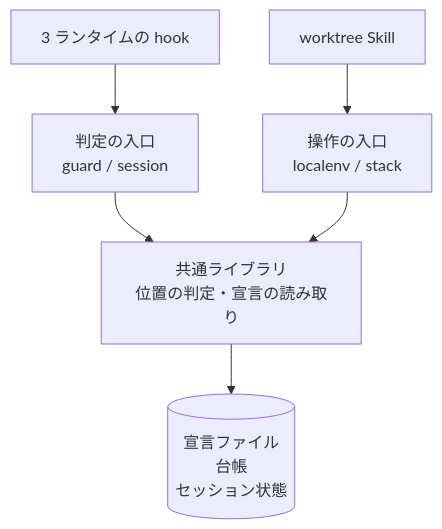
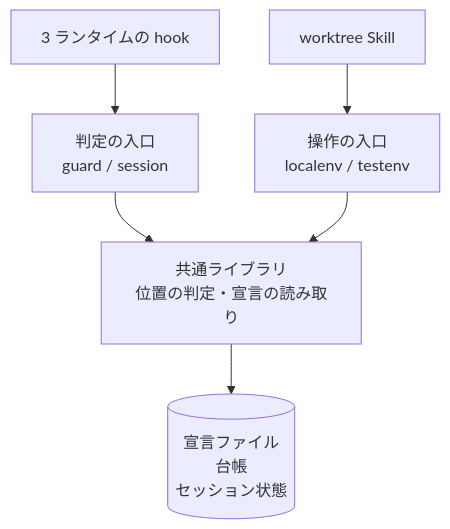
One commit to devbasex/ai-plugins changed the diagram in issues/issue-146-worktree-first/04-component-and-data.md. Above: the diagram before and after it, drawn with Mermaid. The commit also changed other lines of this file and 4 other files, not shown here.

````diff
--- a/issues/issue-146-worktree-first/04-component-and-data.md
+++ b/issues/issue-146-worktree-first/04-component-and-data.md
@@ -10,8 +10,8 @@
 ```mermaid
 flowchart TD
     A[3 ランタイムの hook] --> B[判定の入口<br/>guard / session]
     B --> C[共通ライブラリ<br/>位置の判定・宣言の読み取り]
     C --> D[(宣言ファイル<br/>台帳<br/>セッション状態)]
-    E[worktree Skill] --> F[操作の入口<br/>localenv / stack]
+    E[worktree Skill] --> F[操作の入口<br/>localenv / testenv]
     F --> C
 ```
````
